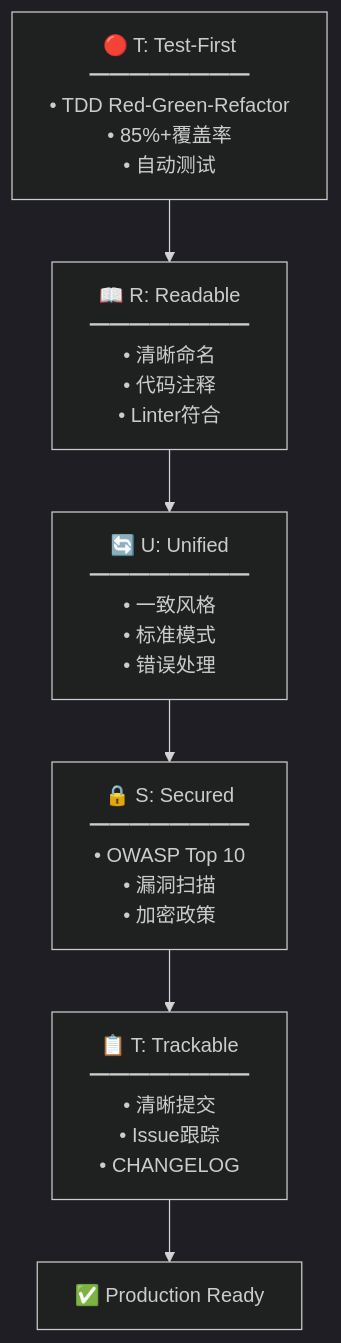
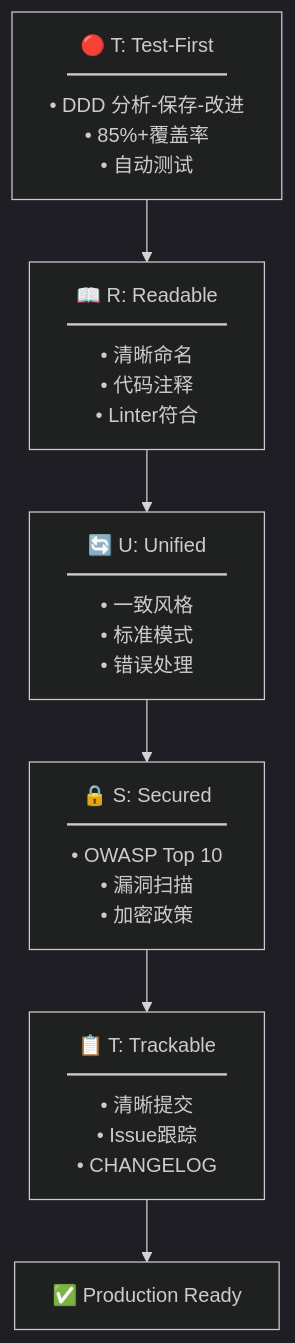
Before and after one commit to modu-ai/moai-adk: the tenth of 10 diagrams in README.zh.md, drawn with Mermaid (dark theme). The commit also changed other lines of this file and 125 other files, not shown here.

````diff
--- a/README.zh.md
+++ b/README.zh.md
@@ -1451,10 +1406,10 @@
 ```mermaid
 graph TD
-    T1["🔴 T: Test-First<br/>━━━━━━━━<br/>• TDD Red-Green-Refactor<br/>• 85%+覆盖率<br/>• 自动测试"]
+    T1["🔴 T: Test-First<br/>━━━━━━━━<br/>• DDD 分析-保存-改进<br/>• 85%+覆盖率<br/>• 自动测试"]
     R["📖 R: Readable<br/>━━━━━━━━<br/>• 清晰命名<br/>• 代码注释<br/>• Linter符合"]
     U["🔄 U: Unified<br/>━━━━━━━━<br/>• 一致风格<br/>• 标准模式<br/>• 错误处理"]
     S["🔒 S: Secured<br/>━━━━━━━━<br/>• OWASP Top 10<br/>• 漏洞扫描<br/>• 加密政策"]
     T2["📋 T: Trackable<br/>━━━━━━━━<br/>• 清晰提交<br/>• Issue跟踪<br/>• CHANGELOG"]
 
     T1 --> R --> U --> S --> T2 --> Deploy["✅ Production Ready"]
 ```
````
